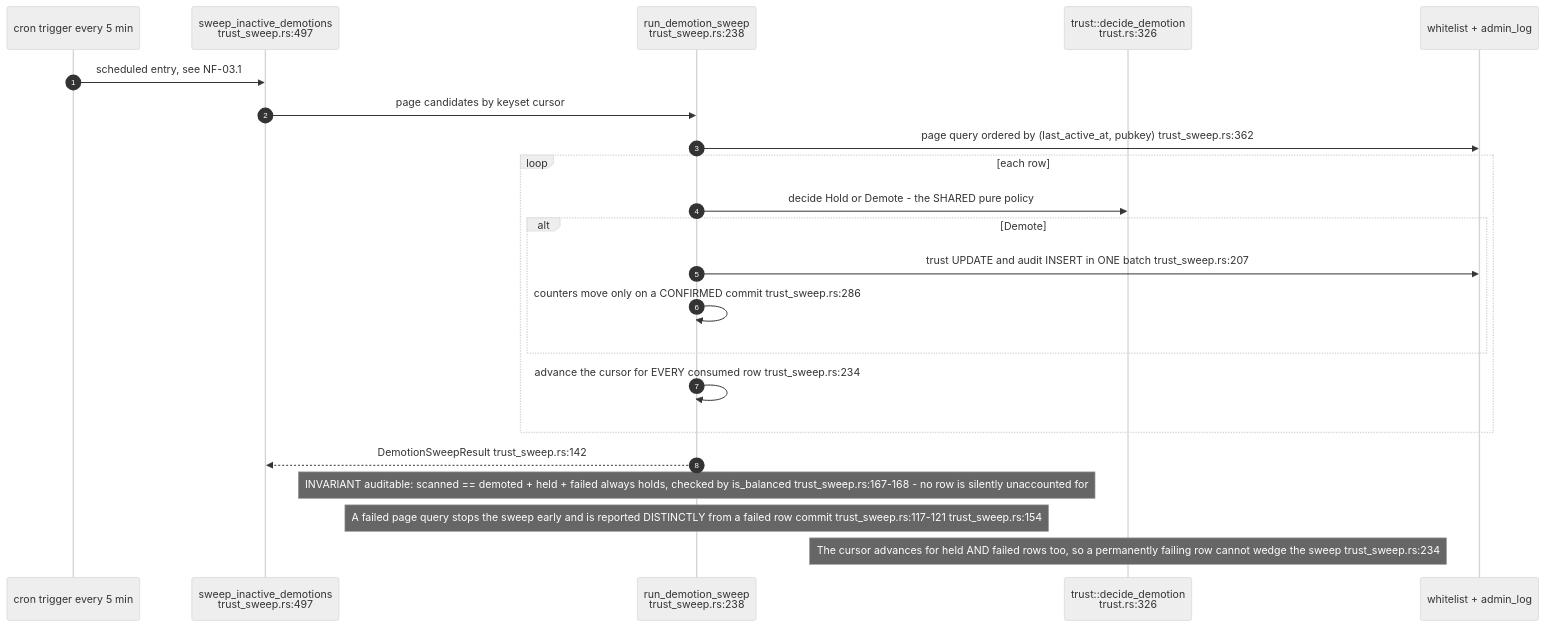
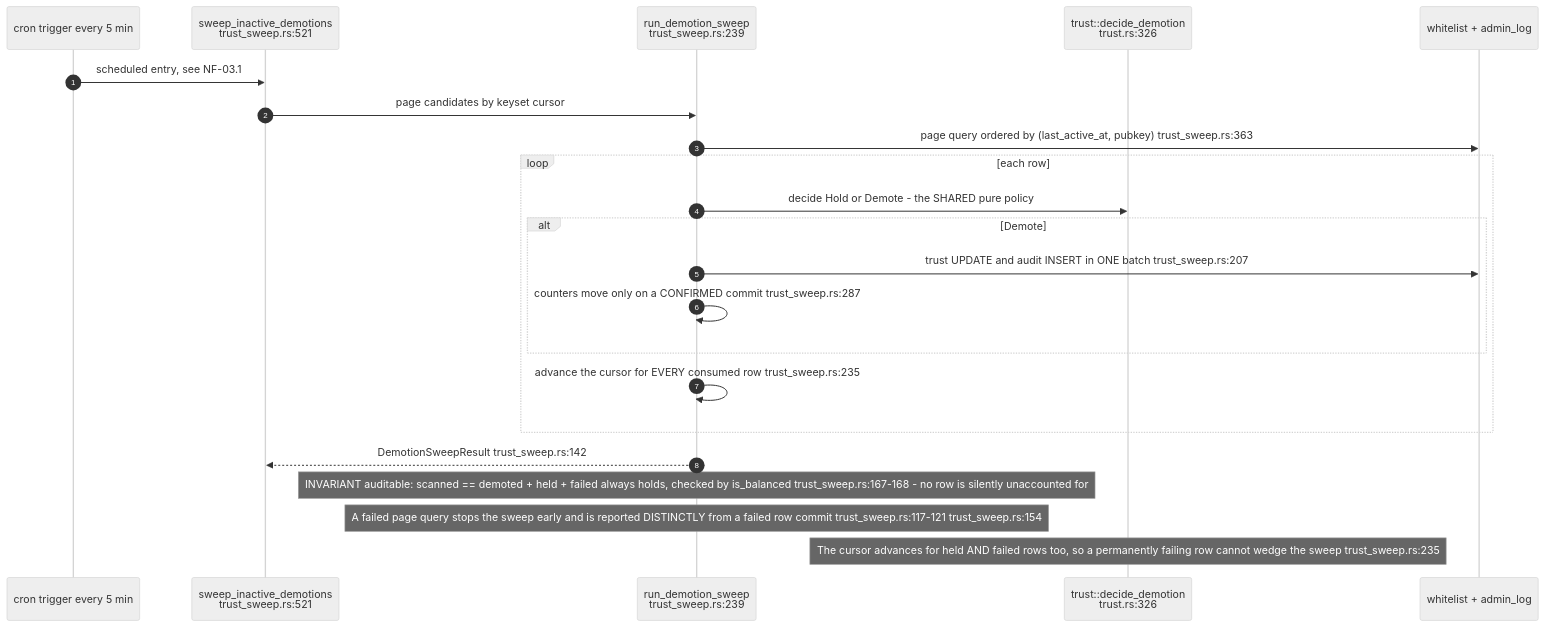
Before and after one commit to DreamLab-AI/VisionFlow: diagram 11 of 15 in docs/diagrams/nostr-rust-forum/11-relay-durable-object-internals.md, drawn with Mermaid (neutral theme). The commit also changed other lines of this file and 51 other files, not shown here.

First line of the commit message:
docs(diagrams): agentbox AB-01..13 re-attested anchor by anchor (980 anchors, 22 defects); checkpoint against an out-of-mesh writer

````diff
--- a/docs/diagrams/nostr-rust-forum/11-relay-durable-object-internals.md
+++ b/docs/diagrams/nostr-rust-forum/11-relay-durable-object-internals.md
@@ -297,26 +297,26 @@
 ```mermaid
 sequenceDiagram
     autonumber
     participant CR as cron trigger every 5 min
-    participant SW as sweep_inactive_demotions<br/>trust_sweep.rs:497
-    participant RUN as run_demotion_sweep<br/>trust_sweep.rs:238
+    participant SW as sweep_inactive_demotions<br/>trust_sweep.rs:521
+    participant RUN as run_demotion_sweep<br/>trust_sweep.rs:239
     participant POL as trust::decide_demotion<br/>trust.rs:326
     participant D1 as whitelist + admin_log
 
     CR->>SW: scheduled entry, see NF-03.1
     SW->>RUN: page candidates by keyset cursor
-    RUN->>D1: page query ordered by (last_active_at, pubkey) trust_sweep.rs:362
+    RUN->>D1: page query ordered by (last_active_at, pubkey) trust_sweep.rs:363
     loop each row
         RUN->>POL: decide Hold or Demote - the SHARED pure policy
         alt Demote
             RUN->>D1: trust UPDATE and audit INSERT in ONE batch trust_sweep.rs:207
-            RUN->>RUN: counters move only on a CONFIRMED commit trust_sweep.rs:286
+            RUN->>RUN: counters move only on a CONFIRMED commit trust_sweep.rs:287
         end
-        RUN->>RUN: advance the cursor for EVERY consumed row trust_sweep.rs:234
+        RUN->>RUN: advance the cursor for EVERY consumed row trust_sweep.rs:235
     end
     RUN-->>SW: DemotionSweepResult trust_sweep.rs:142
 
     Note over RUN: INVARIANT auditable: scanned == demoted + held + failed always holds, checked by is_balanced trust_sweep.rs:167-168 - no row is silently unaccounted for
     Note over RUN: A failed page query stops the sweep early and is reported DISTINCTLY from a failed row commit trust_sweep.rs:117-121 trust_sweep.rs:154
-    Note over POL: The cursor advances for held AND failed rows too, so a permanently failing row cannot wedge the sweep trust_sweep.rs:234
+    Note over POL: The cursor advances for held AND failed rows too, so a permanently failing row cannot wedge the sweep trust_sweep.rs:235
 ```
````
